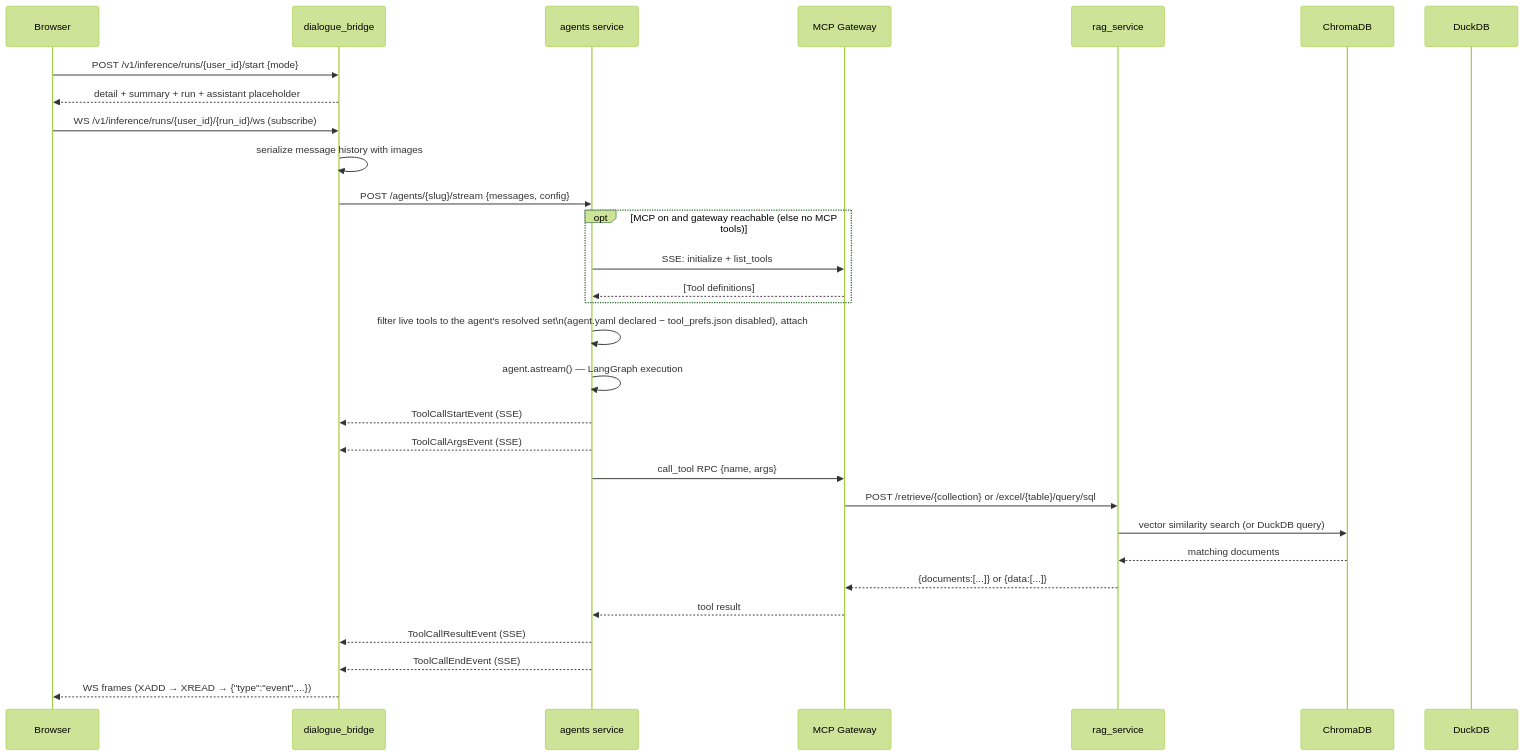
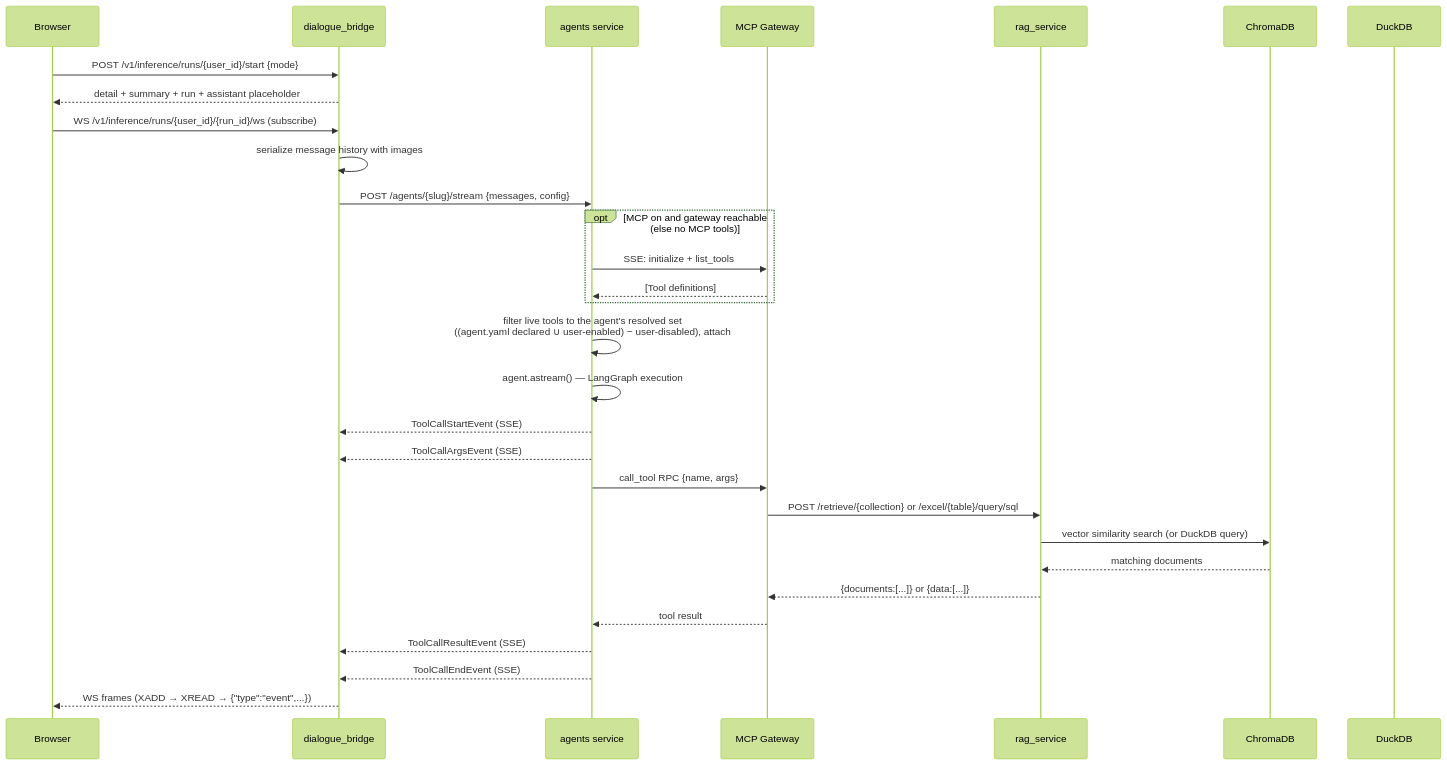
The second of 10 diagrams in docs/development/retrieval-and-tools.md (konstantinosmpouros/mAgenticX), drawn with Mermaid (forest theme) before and after one commit. The commit also changed other lines of this file and 26 other files, not shown here.

````diff
--- a/docs/development/retrieval-and-tools.md
+++ b/docs/development/retrieval-and-tools.md
@@ -33,37 +33,37 @@
 ```mermaid
 sequenceDiagram
     participant Browser
     participant Bridge as dialogue_bridge
     participant Agents as agents service
     participant MCP as MCP Gateway
     participant RAG as rag_service
     participant Chroma as ChromaDB
     participant Duck as DuckDB
 
     Browser->>Bridge: POST /v1/inference/runs/{user_id}/start {mode}
     Bridge-->>Browser: detail + summary + run + assistant placeholder
     Browser->>Bridge: WS /v1/inference/runs/{user_id}/{run_id}/ws (subscribe)
     Bridge->>Bridge: serialize message history with images
     Bridge->>Agents: POST /agents/{slug}/stream {messages, config}
 
     opt MCP on and gateway reachable (else no MCP tools)
         Agents->>MCP: SSE: initialize + list_tools
         MCP-->>Agents: [Tool definitions]
     end
-    Agents->>Agents: filter live tools to the agent's resolved set\n(agent.yaml declared − tool_prefs.json disabled), attach
+    Agents->>Agents: filter live tools to the agent's resolved set<br/>((agent.yaml declared ∪ user-enabled) − user-disabled), attach
 
     Agents->>Agents: agent.astream() — LangGraph execution
     Agents-->>Bridge: ToolCallStartEvent (SSE)
     Agents-->>Bridge: ToolCallArgsEvent (SSE)
 
     Agents->>MCP: call_tool RPC {name, args}
     MCP->>RAG: POST /retrieve/{collection} or /excel/{table}/query/sql
     RAG->>Chroma: vector similarity search (or DuckDB query)
     Chroma-->>RAG: matching documents
     RAG-->>MCP: {documents:[...]} or {data:[...]}
     MCP-->>Agents: tool result
 
     Agents-->>Bridge: ToolCallResultEvent (SSE)
     Agents-->>Bridge: ToolCallEndEvent (SSE)
     Bridge-->>Browser: WS frames (XADD → XREAD → {"type":"event",...})
 ```
````
